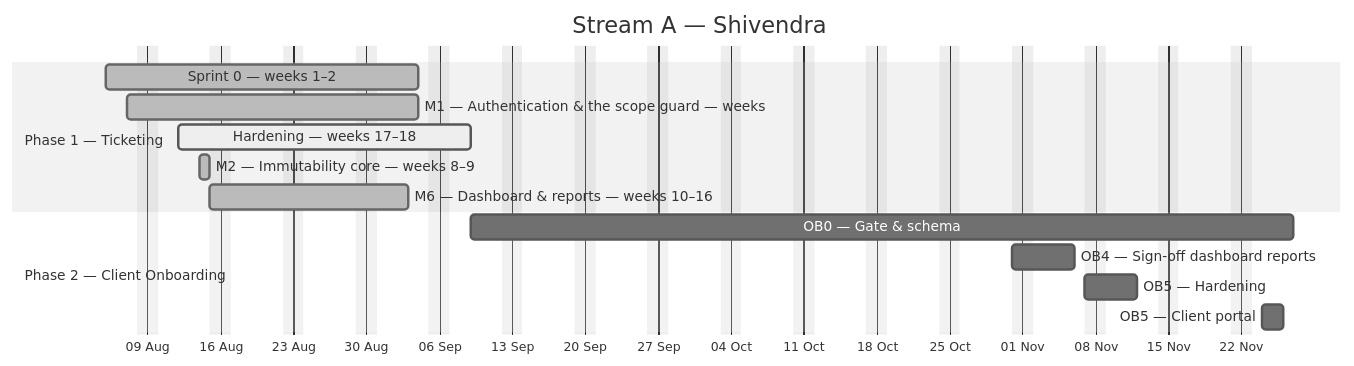
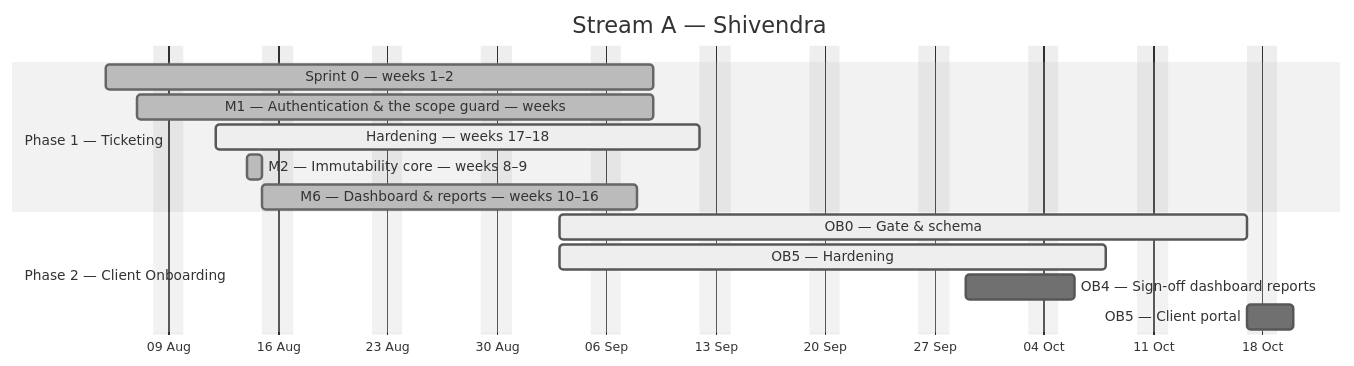
Before and after one commit to debashisedunext/EduTrack: the first of 4 diagrams in docs/plan/GANTT.md, drawn with Mermaid (neutral theme). The commit also changed other lines of this file and 2 other files, not shown here.

````diff
--- a/docs/plan/GANTT.md
+++ b/docs/plan/GANTT.md
@@ -145,18 +129,18 @@
 ```mermaid
 gantt
     dateFormat YYYY-MM-DD
     axisFormat %d %b
     title Stream A — Shivendra
     excludes weekends
     section Phase 1 — Ticketing
-    Sprint 0 — weeks 1–2 :done, a0, 2026-08-05, 22d
-    M1 — Authentication & the scope guard — weeks :done, a1, 2026-08-07, 20d
-    Hardening — weeks 17–18 :active, a2, 2026-08-12, 20d
+    Sprint 0 — weeks 1–2 :done, a0, 2026-08-05, 25d
+    M1 — Authentication & the scope guard — weeks :done, a1, 2026-08-07, 23d
+    Hardening — weeks 17–18 :active, a2, 2026-08-12, 23d
     M2 — Immutability core — weeks 8–9 :done, a3, 2026-08-14, 1d
-    M6 — Dashboard & reports — weeks 10–16 :done, a4, 2026-08-15, 14d
+    M6 — Dashboard & reports — weeks 10–16 :done, a4, 2026-08-15, 17d
     section Phase 2 — Client Onboarding
-    OB0 — Gate & schema :a5, 2026-09-09, 57d
-    OB4 — Sign-off  dashboard  reports :a6, 2026-10-31, 5d
-    OB5 — Hardening :a7, 2026-11-07, 4d
-    OB5 — Client portal :a8, 2026-11-24, 2d
+    OB0 — Gate & schema :active, a5, 2026-09-03, 32d
+    OB5 — Hardening :active, a6, 2026-09-03, 25d
+    OB4 — Sign-off  dashboard  reports :a7, 2026-09-29, 5d
+    OB5 — Client portal :a8, 2026-10-17, 2d
 ```
````
